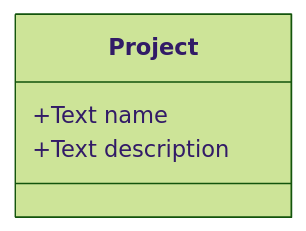
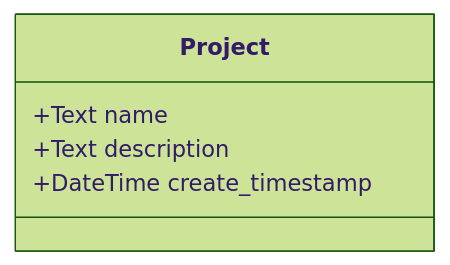
The first of 4 diagrams in docs/src/projects/project.md (stsh89/metropolis), drawn with Mermaid (forest theme) before and after one commit. The commit also changed other lines of this file, not shown here.

Commit message:
Improve Project documentation

````diff
--- a/docs/src/projects/project.md
+++ b/docs/src/projects/project.md
@@ -4,7 +4,8 @@
 ```mermaid
 classDiagram
-    class Project{
+    class Project {
         +Text name
         +Text description
+        +DateTime create_timestamp
     }
 ```
````
